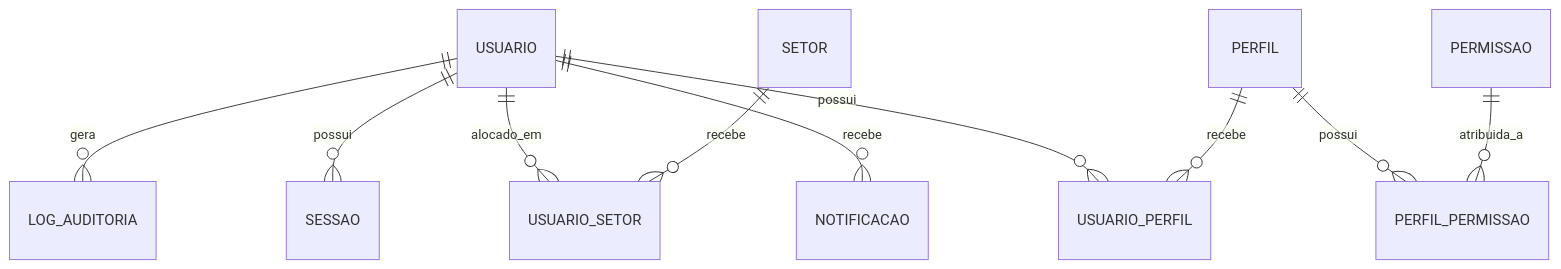
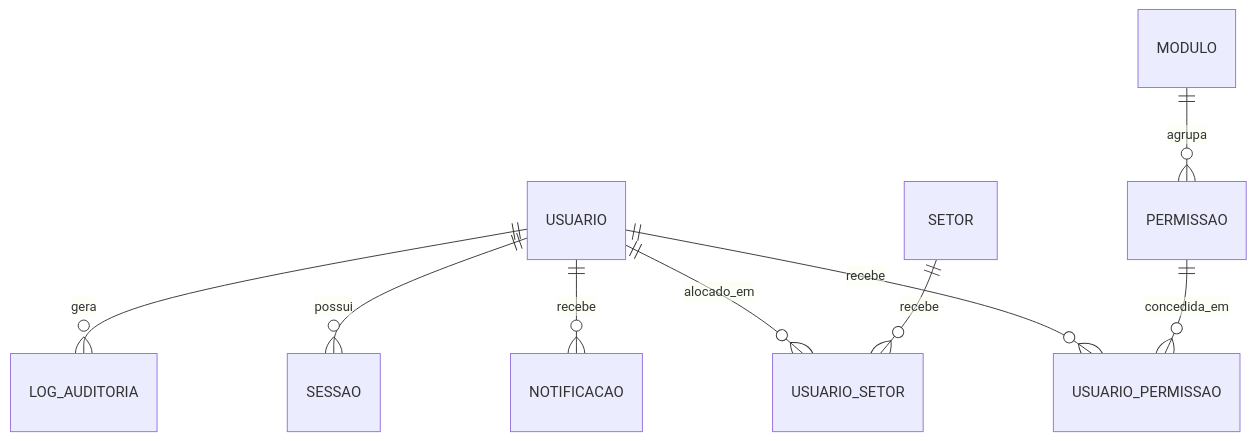
The diagram in docs/banco/README.md (bebberjoao/RoosterOneBackend), drawn with Mermaid before and after one commit. The commit also changed other lines of this file and 18 other files, not shown here.

````diff
--- a/docs/banco/README.md
+++ b/docs/banco/README.md
@@ -9,12 +9,11 @@
 ```mermaid
 erDiagram
-    USUARIO ||--o{ USUARIO_PERFIL : possui
-    PERFIL ||--o{ USUARIO_PERFIL : recebe
-    PERFIL ||--o{ PERFIL_PERMISSAO : possui
-    PERMISSAO ||--o{ PERFIL_PERMISSAO : atribuida_a
+    USUARIO ||--o{ USUARIO_PERMISSAO : recebe
+    PERMISSAO ||--o{ USUARIO_PERMISSAO : concedida_em
+    MODULO ||--o{ PERMISSAO : agrupa
     USUARIO ||--o{ USUARIO_SETOR : alocado_em
     SETOR ||--o{ USUARIO_SETOR : recebe
     USUARIO ||--o{ NOTIFICACAO : recebe
     USUARIO ||--o{ SESSAO : possui
     USUARIO ||--o{ LOG_AUDITORIA : gera
 ```
````
